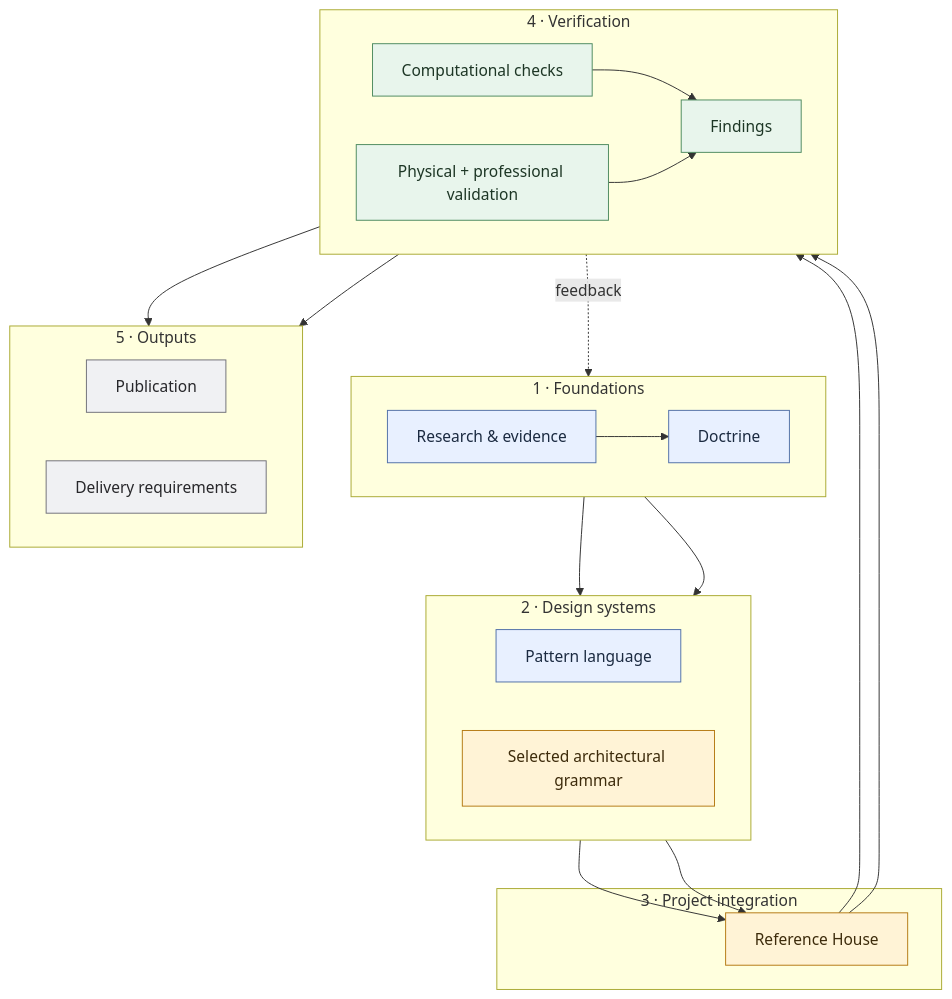
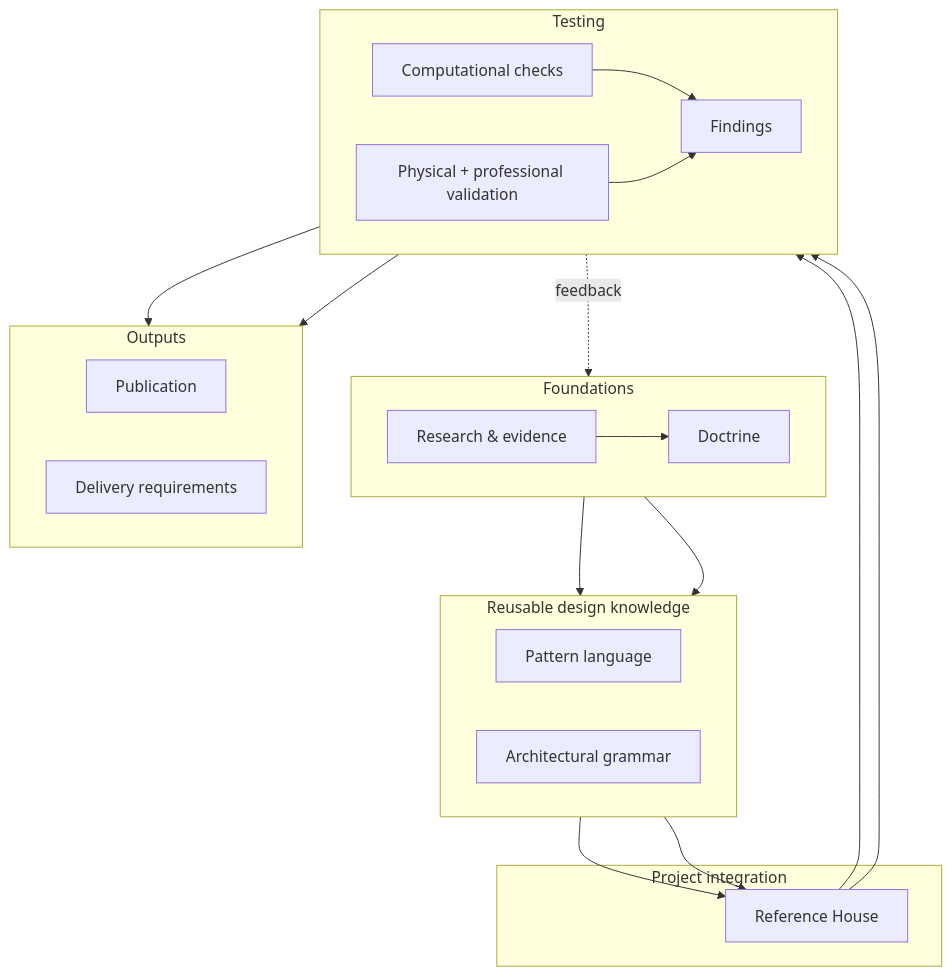
The diagram in README.md (adamnoden/architecture), drawn with Mermaid before and after one commit. The commit also changed other lines of this file, not shown here.

Commit message:
docs: sharpen project overview

````diff
--- a/README.md
+++ b/README.md
@@ -13,51 +30,39 @@
 ```mermaid
 flowchart TB
-    subgraph S1["1 · Foundations"]
+    subgraph S1["Foundations"]
         direction LR
         E["Research & evidence"] --> D["Doctrine"]
     end
 
-    subgraph S2["2 · Design systems"]
+    subgraph S2["Reusable design knowledge"]
         direction LR
         P["Pattern language"]
-        G["Selected architectural grammar"]
+        G["Architectural grammar"]
     end
 
-    subgraph S3["3 · Project integration"]
+    subgraph S3["Project integration"]
         RH["Reference House"]
     end
 
-    subgraph S4["4 · Verification"]
+    subgraph S4["Testing"]
         direction LR
         C["Computational checks"] --> F["Findings"]
         V["Physical + professional validation"] --> F
     end
 
-    subgraph S5["5 · Outputs"]
+    subgraph S5["Outputs"]
         direction LR
         PUB["Publication"]
         DEL["Delivery requirements"]
     end
 
     D --> P
     E --> G
     P --> RH
     G --> RH
-
     RH --> C
     RH --> V
-
     F -. "feedback" .-> E
     F --> PUB
     F --> DEL
-
-    classDef hsa fill:#E8F0FF,stroke:#5271A8,color:#1B2A41
-    classDef project fill:#FFF3D6,stroke:#B57A14,color:#3D2B0B
-    classDef validation fill:#E8F5EC,stroke:#4E8B60,color:#1D3625
-    classDef output fill:#F0F1F3,stroke:#71717A,color:#27272A
-
-    class E,D,P hsa
-    class G,RH project
-    class C,V,F validation
-    class PUB,DEL output
 ```
````
